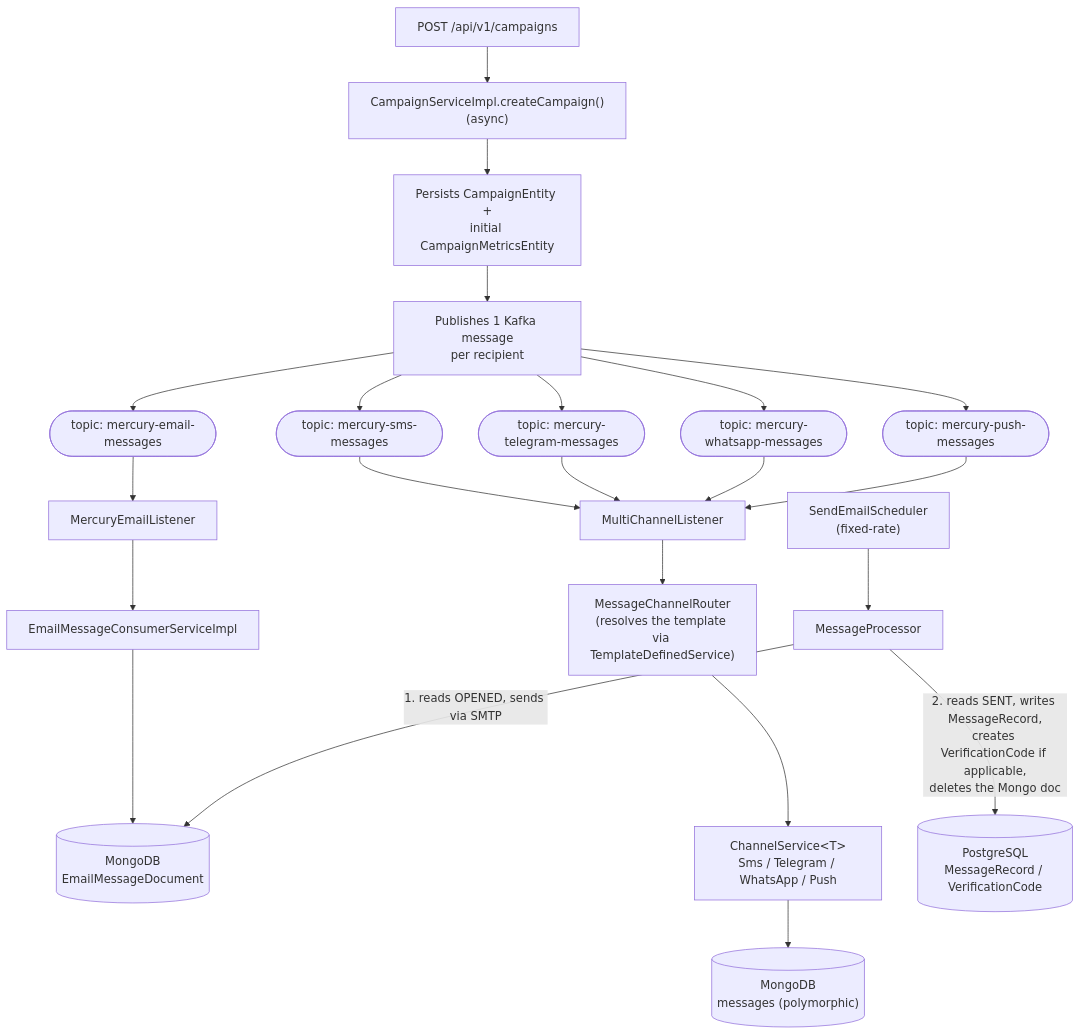
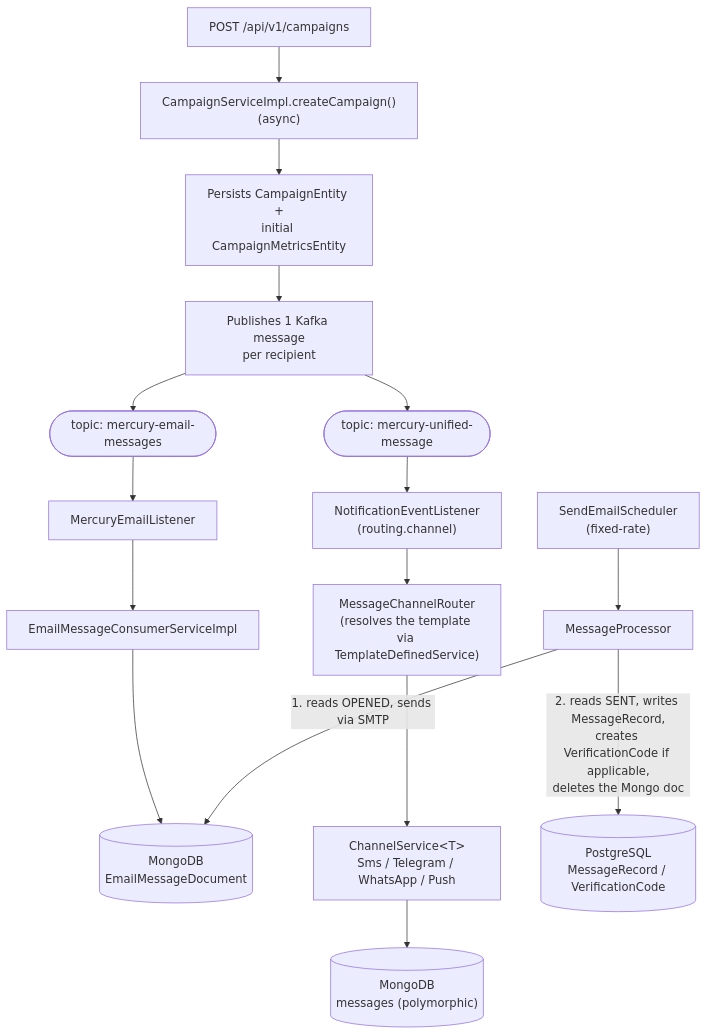
One commit to um-dev-creative/mercury changed the second of 3 diagrams in docs/tec/en/02-architecture.md. Above: the diagram before and after it, drawn with Mermaid. The commit also changed other lines of this file and 42 other files, not shown here.

````diff
--- a/docs/tec/en/02-architecture.md
+++ b/docs/tec/en/02-architecture.md
@@ -62,25 +62,22 @@
 ```mermaid
 flowchart TD
     REST["POST /api/v1/campaigns"] --> CS["CampaignServiceImpl.createCampaign()<br/>(async)"]
     CS --> Persist["Persists CampaignEntity +<br/>initial CampaignMetricsEntity"]
     Persist --> Publish["Publishes 1 Kafka message<br/>per recipient"]
 
     Publish --> TopicEmail(["topic: mercury-email-messages"])
-    Publish --> TopicSms(["topic: mercury-sms-messages"])
-    Publish --> TopicTelegram(["topic: mercury-telegram-messages"])
-    Publish --> TopicWhatsapp(["topic: mercury-whatsapp-messages"])
-    Publish --> TopicPush(["topic: mercury-push-messages"])
+    Publish --> TopicUnified(["topic: mercury-unified-message"])
 
     TopicEmail --> EmailListener["MercuryEmailListener"]
     EmailListener --> EmailConsumer["EmailMessageConsumerServiceImpl"]
     EmailConsumer --> MongoEmail[("MongoDB<br/>EmailMessageDocument")]
 
-    TopicSms & TopicTelegram & TopicWhatsapp & TopicPush --> MCListener["MultiChannelListener"]
+    TopicUnified --> MCListener["NotificationEventListener<br/>(routing.channel)"]
     MCListener --> Router["MessageChannelRouter<br/>(resolves the template via TemplateDefinedService)"]
     Router --> ChannelSvc["ChannelService&lt;T&gt;<br/>Sms / Telegram / WhatsApp / Push"]
     ChannelSvc --> MongoMulti[("MongoDB<br/>messages (polymorphic)")]
 
     Scheduler["SendEmailScheduler<br/>(fixed-rate)"] --> Processor["MessageProcessor"]
     Processor -->|"1. reads OPENED, sends via SMTP"| MongoEmail
     Processor -->|"2. reads SENT, writes MessageRecord,<br/>creates VerificationCode if applicable,<br/>deletes the Mongo doc"| Postgres[("PostgreSQL<br/>MessageRecord / VerificationCode")]
 ```
````
